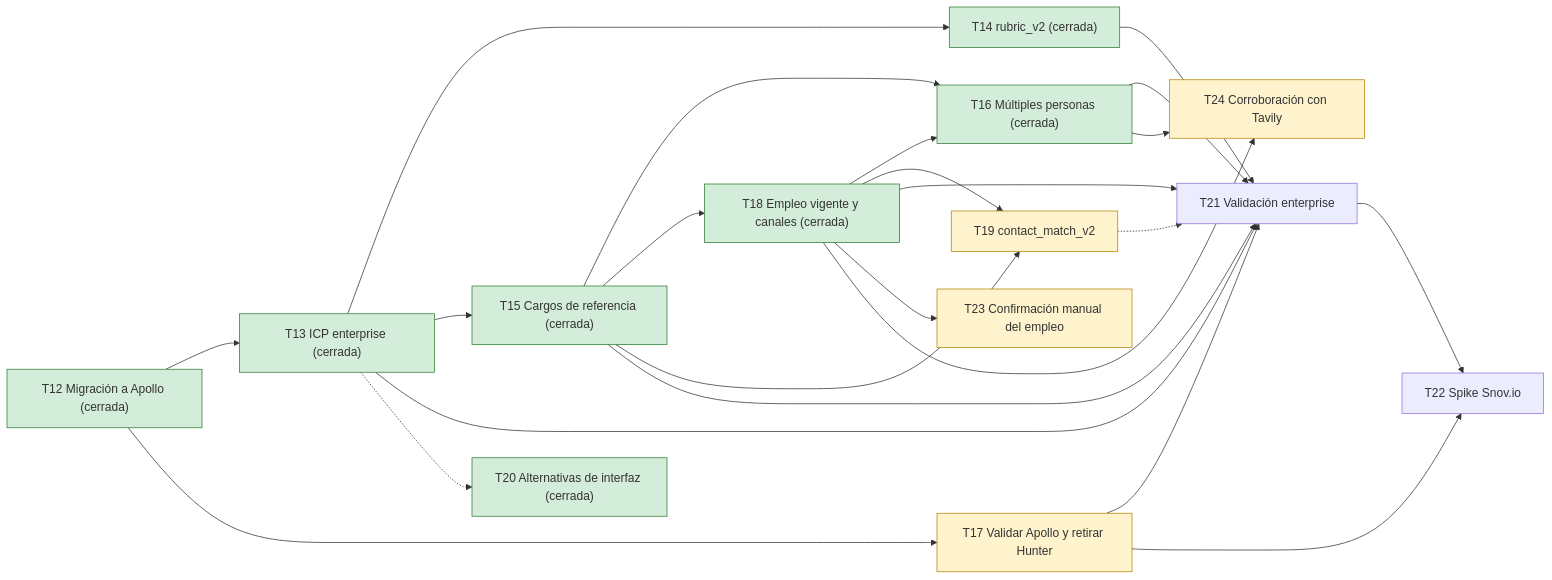
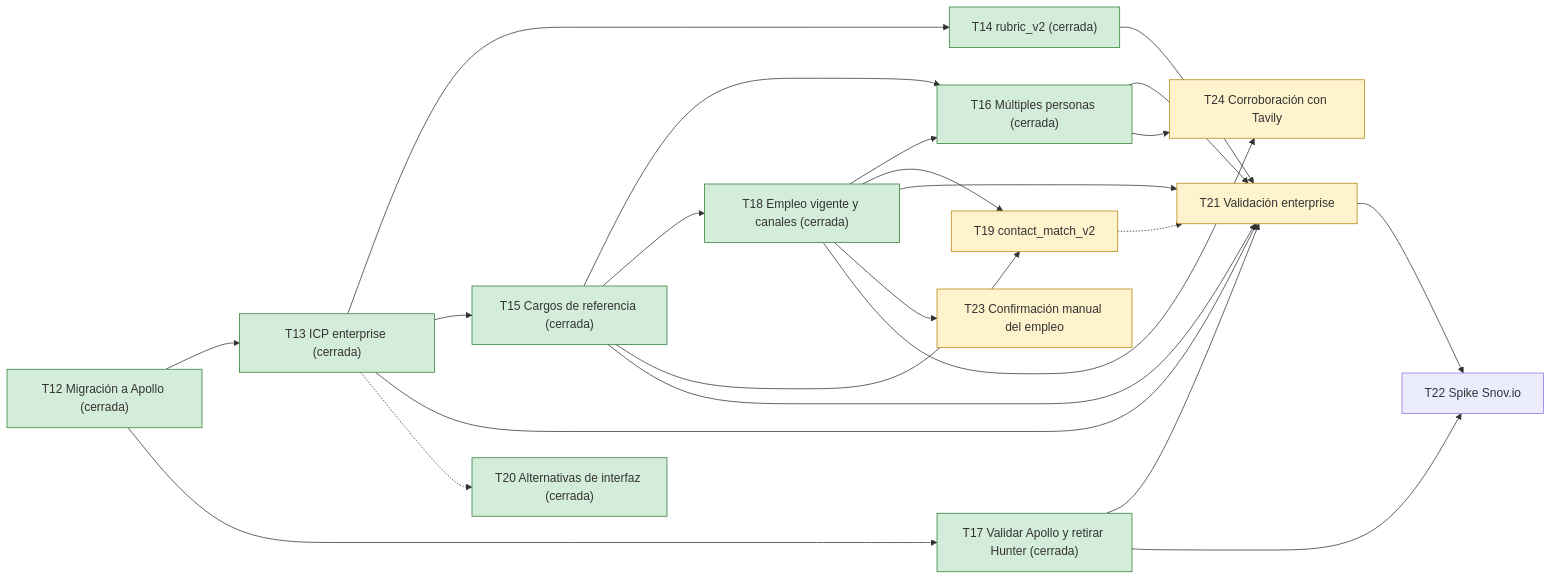
One commit to ThomasSerna/veryfi-prospecting changed the diagram in docs/Roadmap.md. Above: the diagram before and after it, drawn with Mermaid. The commit also changed other lines of this file, not shown here.

Commit message:
docs: marcar T17 cerrada y T21 desbloqueada en el Roadmap

````diff
--- a/docs/Roadmap.md
+++ b/docs/Roadmap.md
@@ -53,40 +54,40 @@
 ```mermaid
 flowchart LR
     T12["T12 Migración a Apollo (cerrada)"]:::closed
     T13["T13 ICP enterprise (cerrada)"]:::closed
     T14["T14 rubric_v2 (cerrada)"]:::closed
     T15["T15 Cargos de referencia (cerrada)"]:::closed
     T16["T16 Múltiples personas (cerrada)"]:::closed
-    T17["T17 Validar Apollo y retirar Hunter"]:::ready
+    T17["T17 Validar Apollo y retirar Hunter (cerrada)"]:::closed
     T18["T18 Empleo vigente y canales (cerrada)"]:::closed
     T19["T19 contact_match_v2"]:::ready
     T20["T20 Alternativas de interfaz (cerrada)"]:::closed
-    T21["T21 Validación enterprise"]
+    T21["T21 Validación enterprise"]:::ready
     T22["T22 Spike Snov.io"]
     T23["T23 Confirmación manual del empleo"]:::ready
     T24["T24 Corroboración con Tavily"]:::ready
     T12 --> T13
     T12 --> T17
     T13 --> T14
     T13 --> T15
     T15 --> T16
     T15 --> T18
     T15 --> T19
     T18 --> T16
     T18 --> T19
     T13 --> T21
     T14 --> T21
     T15 --> T21
     T16 --> T21
     T17 --> T21
     T18 --> T21
     T21 --> T22
     T17 --> T22
     T13 -.-> T20
     T19 -.-> T21
     T18 --> T23
     T18 --> T24
     T16 --> T24
     classDef closed fill:#d4edda,stroke:#2e7d32
     classDef ready fill:#fff3cd,stroke:#b8860b
 ```
````
